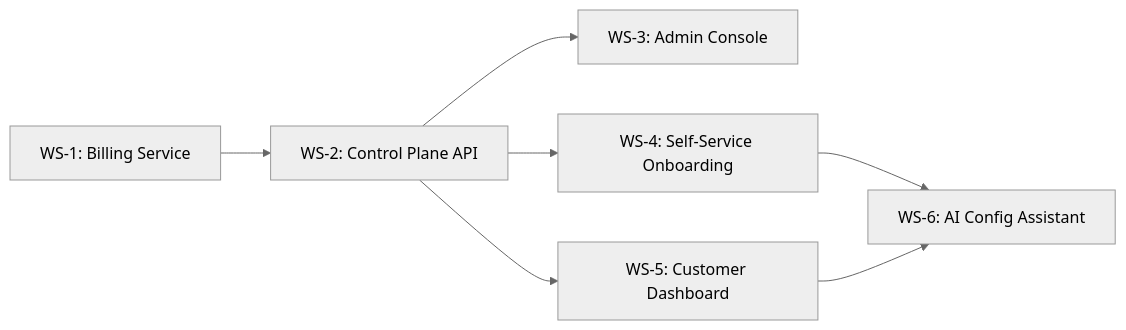
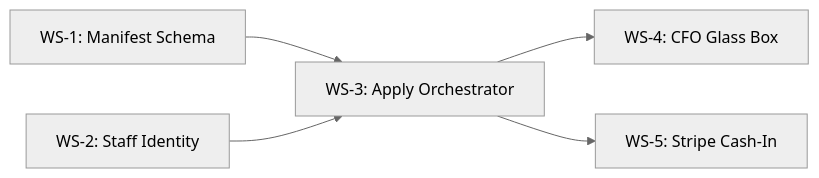
One commit to meridianhub/meridian changed the diagram in docs/prd/control-plane.md. Above: the diagram before and after it, drawn with Mermaid (neutral theme). The commit also changed other lines of this file, not shown here.

First line of the commit message:
docs(prd): refactor Control Plane PRD with First Client Sprint

````diff
--- a/docs/prd/control-plane.md
+++ b/docs/prd/control-plane.md
@@ -443,9 +543,7 @@
 ```mermaid
 graph LR
-    WS1[WS-1: Billing Service] --> WS2[WS-2: Control Plane API]
-    WS2 --> WS3[WS-3: Admin Console]
-    WS2 --> WS4[WS-4: Self-Service Onboarding]
-    WS2 --> WS5[WS-5: Customer Dashboard]
-    WS4 --> WS6[WS-6: AI Config Assistant]
-    WS5 --> WS6
+    WS1[WS-1: Manifest Schema] --> WS3[WS-3: Apply Orchestrator]
+    WS2[WS-2: Staff Identity] --> WS3
+    WS3 --> WS4[WS-4: CFO Glass Box]
+    WS3 --> WS5[WS-5: Stripe Cash-In]
 ```
````
